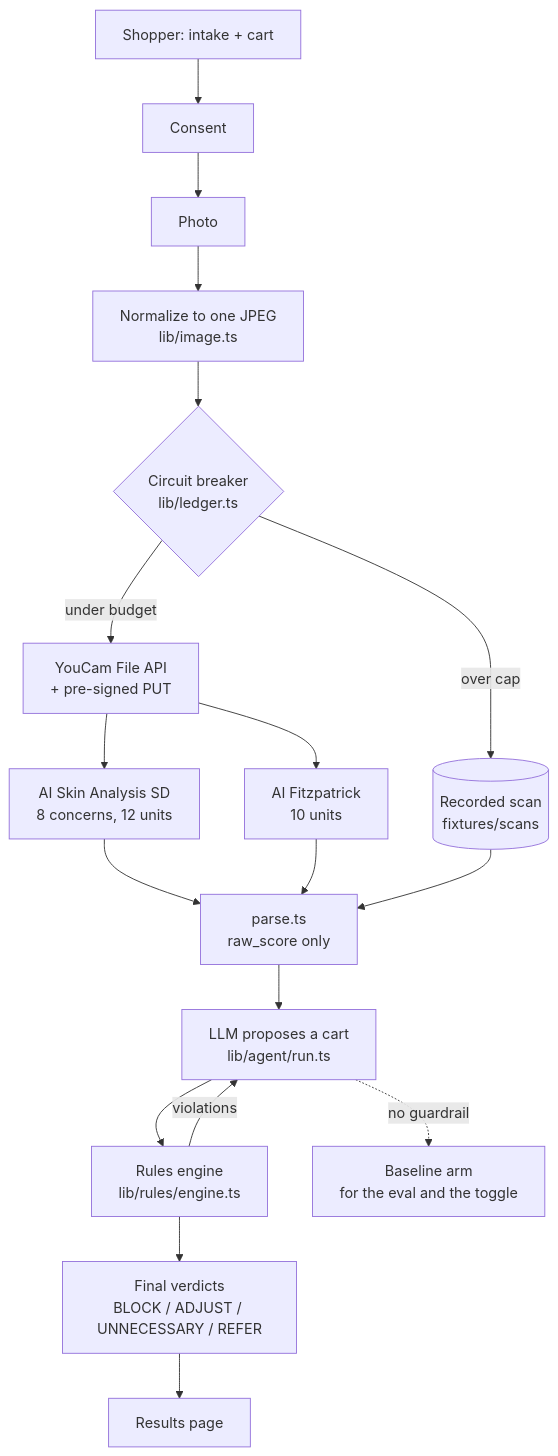
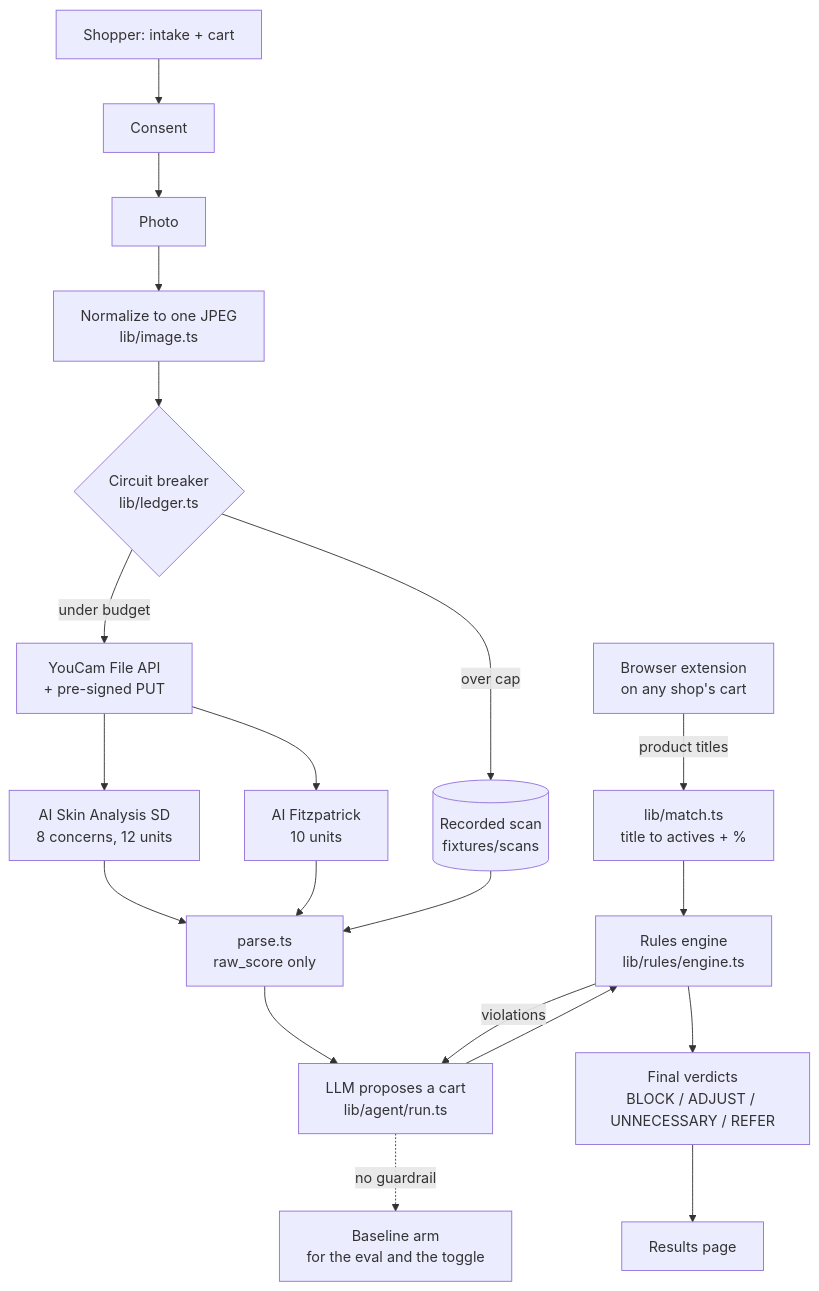
Before and after one commit to 0xNoramiya/patchtest: the diagram in README.md, drawn with Mermaid. The commit also changed other lines of this file and 77 other files, not shown here.

First line of the commit message:
Browser extension, catalogue imagery, and a design pass

````diff
--- a/README.md
+++ b/README.md
@@ -71,20 +104,22 @@
 ```mermaid
 flowchart TD
+    X[Browser extension<br/>on any shop's cart] -->|product titles| Y[lib/match.ts<br/>title to actives + %]
+    Y --> K
     A[Shopper: intake + cart] --> B[Consent]
     B --> C[Photo]
     C --> D[Normalize to one JPEG<br/>lib/image.ts]
     D --> E{Circuit breaker<br/>lib/ledger.ts}
     E -->|under budget| F[YouCam File API<br/>+ pre-signed PUT]
     E -->|over cap| R[(Recorded scan<br/>fixtures/scans)]
     F --> G[AI Skin Analysis SD<br/>8 concerns, 12 units]
     F --> H[AI Fitzpatrick<br/>10 units]
     G --> I[parse.ts<br/>raw_score only]
     H --> I
     R --> I
     I --> J[LLM proposes a cart<br/>lib/agent/run.ts]
     J --> K[Rules engine<br/>lib/rules/engine.ts]
     K -->|violations| J
     K --> L[Final verdicts<br/>BLOCK / ADJUST / UNNECESSARY / REFER]
     L --> M[Results page]
     J -.no guardrail.-> N[Baseline arm<br/>for the eval and the toggle]
 ```
````
